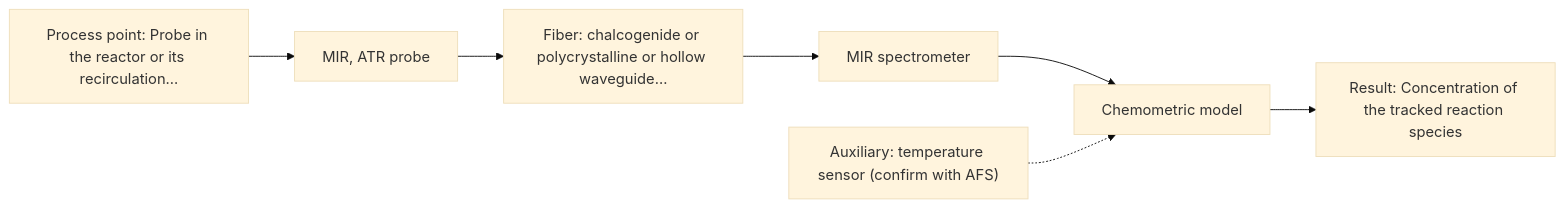
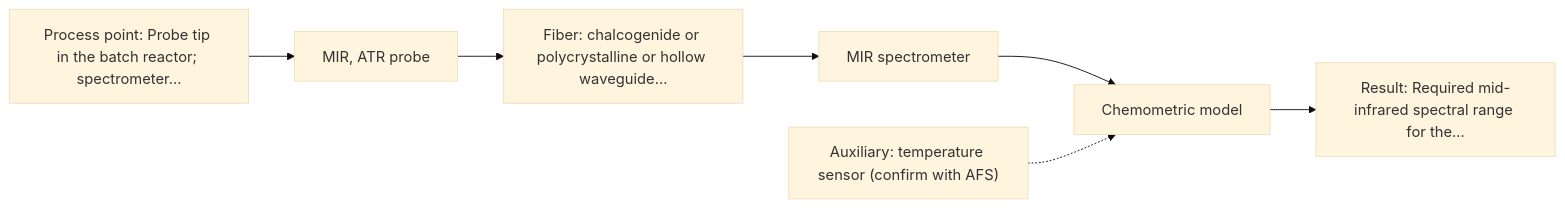
The diagram in outputs/adversarial/A03.md (sleipnir029/Afs-Spectroscopy-Assistant), drawn with Mermaid (base theme) before and after one commit. The commit also changed other lines of this file and 41 other files, not shown here.

````diff
--- a/outputs/adversarial/A03.md
+++ b/outputs/adversarial/A03.md
@@ -37,16 +37,16 @@
 ```mermaid
 flowchart LR
-    proc["Process point: Probe in the reactor or its recirculation…"]
+    proc["Process point: Probe tip in the batch reactor; spectrometer…"]
     probe1["MIR, ATR probe"]
     fiber1["Fiber: chalcogenide or polycrystalline or hollow waveguide…"]
     spec1["MIR spectrometer"]
     model["Chemometric model"]
-    result["Result: Concentration of the tracked reaction species"]
+    result["Result: Required mid-infrared spectral range for the…"]
     aux1["Auxiliary: temperature sensor (confirm with AFS)"]
     proc --> probe1
     probe1 --> fiber1
     fiber1 --> spec1
     spec1 --> model
     model --> result
     aux1 -.-> model
 ```
````
